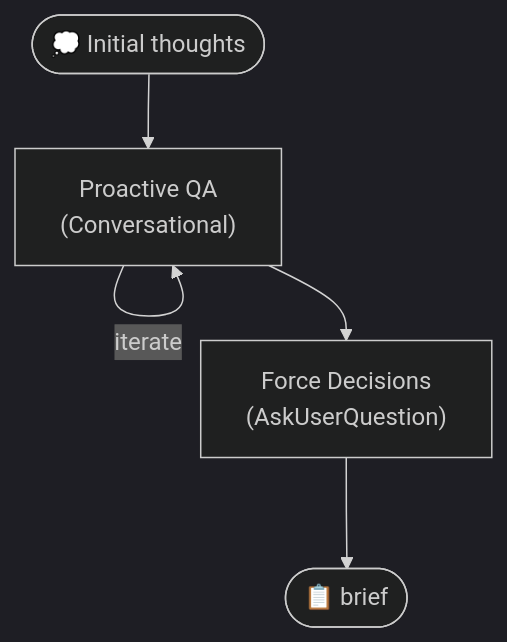
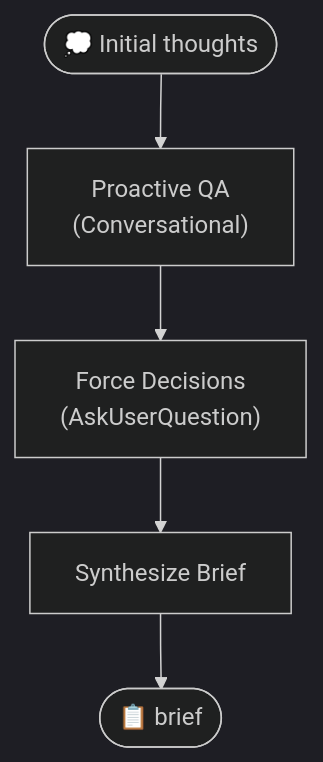
One commit to skillsets-cc/main changed the second of 8 diagrams in skillsets/@supercollectible/Valence/content/README.md. Above: the diagram before and after it, drawn with Mermaid. The commit also changed other lines of this file and 1 other file, not shown here.

````diff
--- a/skillsets/@supercollectible/Valence/content/README.md
+++ b/skillsets/@supercollectible/Valence/content/README.md
@@ -98,9 +98,9 @@
 ```mermaid
 %%{init: {'theme': 'dark'}}%%
 flowchart TB
     input(["💭 Initial thoughts"])
-    input --> qa["Proactive QA\n(Conversational)"]
-    qa -->|iterate| qa
-    qa --> decide["Force Decisions\n(AskUserQuestion)"]
-    decide --> brief(["📋 brief"])
+    input --> qa["Proactive QA<br/>(Conversational)"]
+    qa --> decide["Force Decisions<br/>(AskUserQuestion)"]
+    decide --> synth["Synthesize Brief"]
+    synth --> brief(["📋 brief"])
 ```
````
